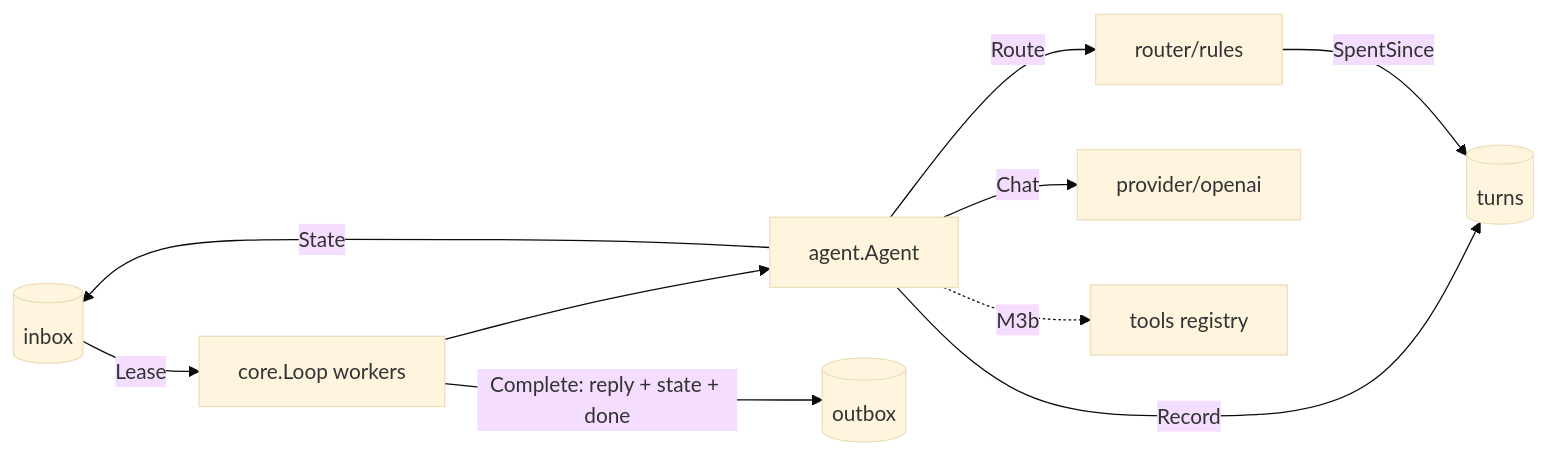
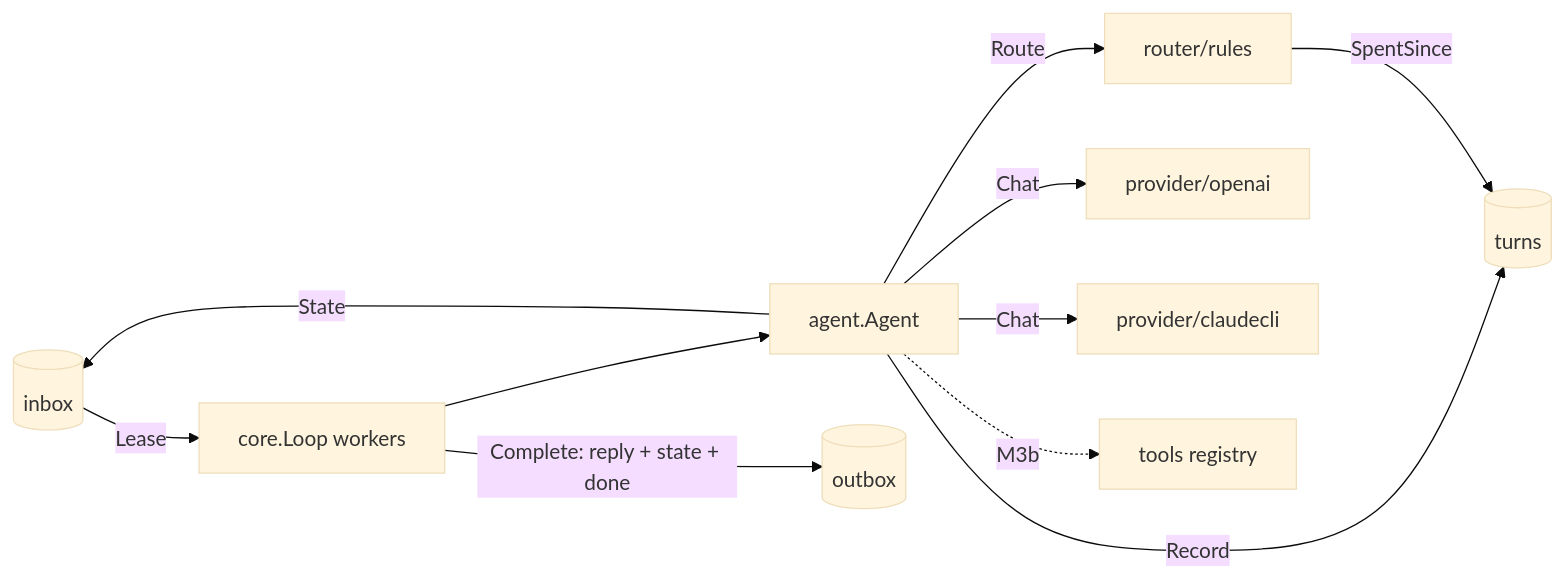
Before and after one commit to igorrius/ganglion: the diagram in docs/plans/p1-m3a-talking-agent.md, drawn with Mermaid (base theme). The commit also changed other lines of this file and 5 other files, not shown here.

````diff
--- a/docs/plans/p1-m3a-talking-agent.md
+++ b/docs/plans/p1-m3a-talking-agent.md
@@ -30,12 +32,13 @@
 ```mermaid
 flowchart LR
     Q[("inbox")] -->|Lease| L["core.Loop workers"]
     L --> A["agent.Agent"]
     A -->|State| Q
     A -->|Route| R["router/rules"]
     A -->|Chat| P["provider/openai"]
+    A -->|Chat| C["provider/claudecli"]
     A -.->|M3b| T["tools registry"]
     A -->|Record| TR[("turns")]
     R -->|SpentSince| TR
     L -->|Complete: reply + state + done| O[("outbox")]
 ```
````
